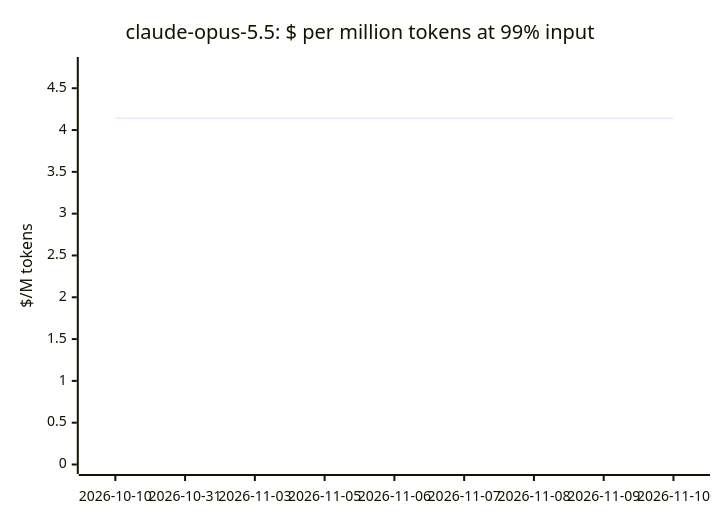
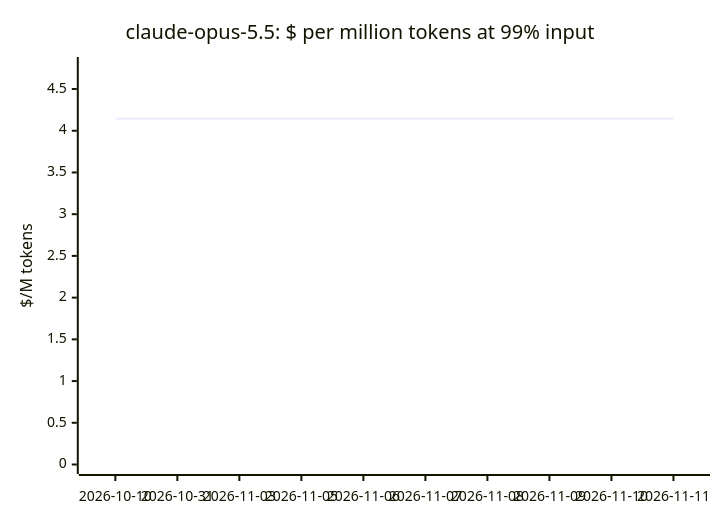
One commit to cklukas/OMEGA_TRANSFORM changed the fourth of 19 diagrams in docs/openrouter-models.md. Above: the diagram before and after it, drawn with Mermaid. The commit also changed other lines of this file and 43 other files, not shown here.

````diff
--- a/docs/openrouter-models.md
+++ b/docs/openrouter-models.md
@@ -166,7 +166,7 @@
 ```mermaid
 xychart-beta
     title "claude-opus-5.5: $ per million tokens at 99% input"
-    x-axis ["2026-10-10", "2026-10-31", "2026-11-03", "2026-11-05", "2026-11-06", "2026-11-07", "2026-11-08", "2026-11-09", "2026-11-10"]
-    y-axis "$/M tokens" 0 --> 4.76
-    line [4.142, 4.142, 4.142, 4.142, 4.142, 4.142, 4.142, 4.142, 4.142]
+    x-axis ["2026-10-10", "2026-10-31", "2026-11-03", "2026-11-05", "2026-11-06", "2026-11-07", "2026-11-08", "2026-11-09", "2026-11-10", "2026-11-11"]
+    y-axis "$/M tokens" 0 --> 4.77
+    line [4.144, 4.144, 4.144, 4.144, 4.144, 4.144, 4.144, 4.144, 4.144, 4.144]
 ```
````
